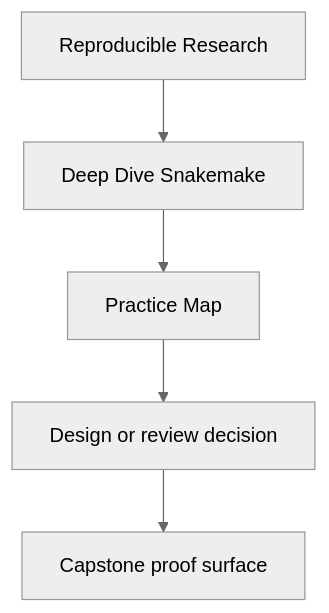
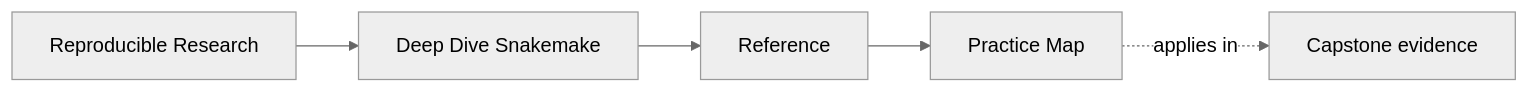
Before and after one commit to bijux/bijux-masterclass: the first of 2 diagrams in programs/reproducible-research/deep-dive-snakemake/course-book/reference/practice-map.md, drawn with Mermaid (neutral theme). The commit also changed other lines of this file and 149 other files, not shown here.

Commit message:
docs(deep-dive-snakemake): map workflow proof and operations surfaces

````diff
--- a/programs/reproducible-research/deep-dive-snakemake/course-book/reference/practice-map.md
+++ b/programs/reproducible-research/deep-dive-snakemake/course-book/reference/practice-map.md
@@ -7,7 +7,11 @@
 ```mermaid
-flowchart TD
-  family["Reproducible Research"] --> program["Deep Dive Snakemake"]
-  program --> reference["Practice Map"]
-  reference --> review["Design or review decision"]
-  review --> capstone["Capstone proof surface"]
+graph LR
+  family["Reproducible Research"]
+  program["Deep Dive Snakemake"]
+  section["Reference"]
+  page["Practice Map"]
+  capstone["Capstone evidence"]
+
+  family --> program --> section --> page
+  page -.applies in.-> capstone
 ```
````
